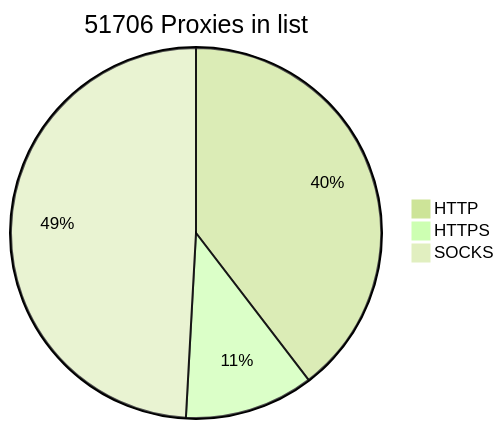
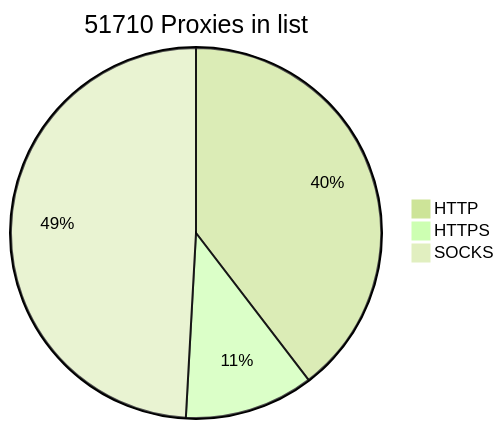
Before and after one commit to BlackSnowDot/proxylist-update-every-minute: the diagram in README.md, drawn with Mermaid (forest theme).

````diff
--- a/README.md
+++ b/README.md
@@ -2,6 +2,6 @@
 ```mermaid
-pie title 51706 Proxies in list
-    "HTTP" : 22745
-    "HTTPS": 6479
+pie title 51710 Proxies in list
+    "HTTP" : 22748
+    "HTTPS": 6481
     "SOCKS" : 28224
 ```
````
